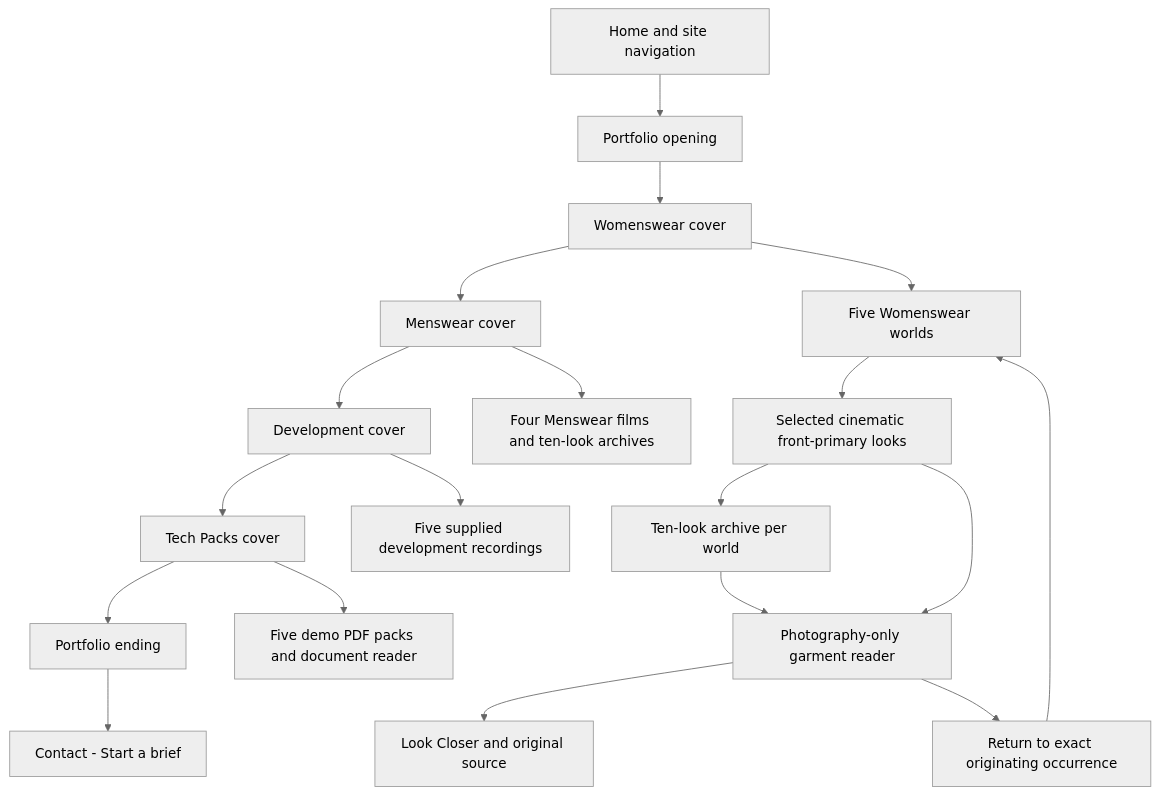
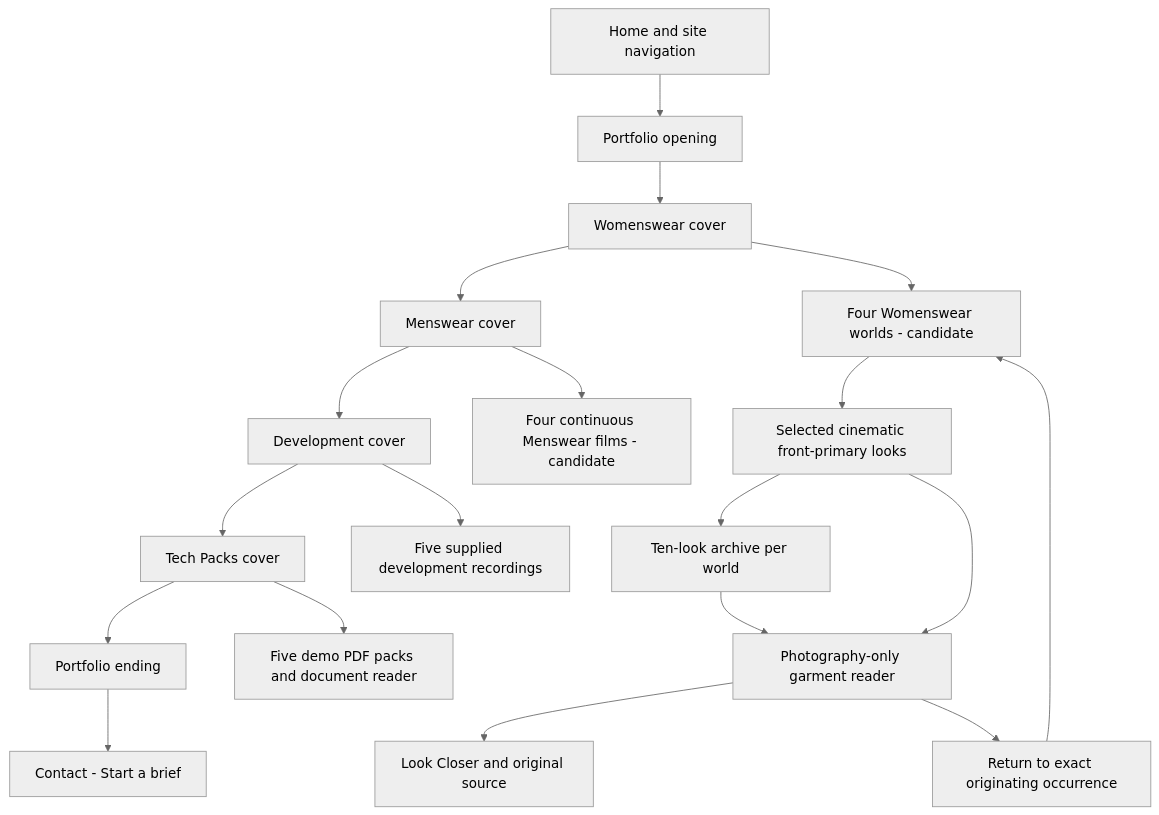
Before and after one commit to soufianeaberbach-sudo/portfolio: the diagram in docs/portfolio/SITE-MAP-AND-NAVIGATION.md, drawn with Mermaid (neutral theme). The commit also changed other lines of this file and 144 other files, not shown here.

````diff
--- a/docs/portfolio/SITE-MAP-AND-NAVIGATION.md
+++ b/docs/portfolio/SITE-MAP-AND-NAVIGATION.md
@@ -39,21 +39,21 @@
 ```mermaid
 flowchart TD
   Site[Home and site navigation] --> P[Portfolio opening]
   P --> WC[Womenswear cover]
   WC --> MC[Menswear cover]
   MC --> DC[Development cover]
   DC --> TC[Tech Packs cover]
   TC --> End[Portfolio ending]
-  WC --> WW[Five Womenswear worlds]
+  WC --> WW[Four Womenswear worlds - candidate]
   WW --> Edit[Selected cinematic front-primary looks]
   Edit --> Archive[Ten-look archive per world]
   Edit --> Reader[Photography-only garment reader]
   Archive --> Reader
   Reader --> Inspect[Look Closer and original source]
   Reader --> Return[Return to exact originating occurrence]
   Return --> WW
-  MC --> MW[Four Menswear films and ten-look archives]
+  MC --> MW[Four continuous Menswear films - candidate]
   DC --> Dev[Five supplied development recordings]
   TC --> Docs[Five demo PDF packs and document reader]
   End --> Contact[Contact - Start a brief]
 ```
````
